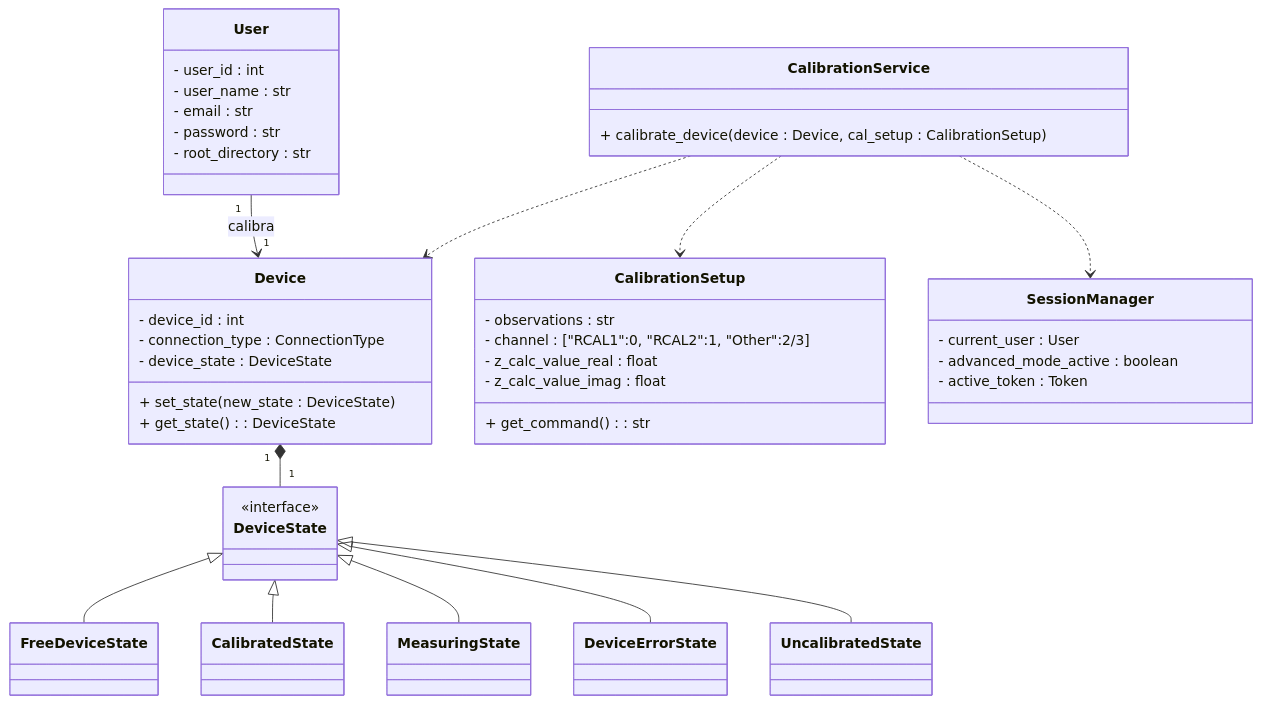
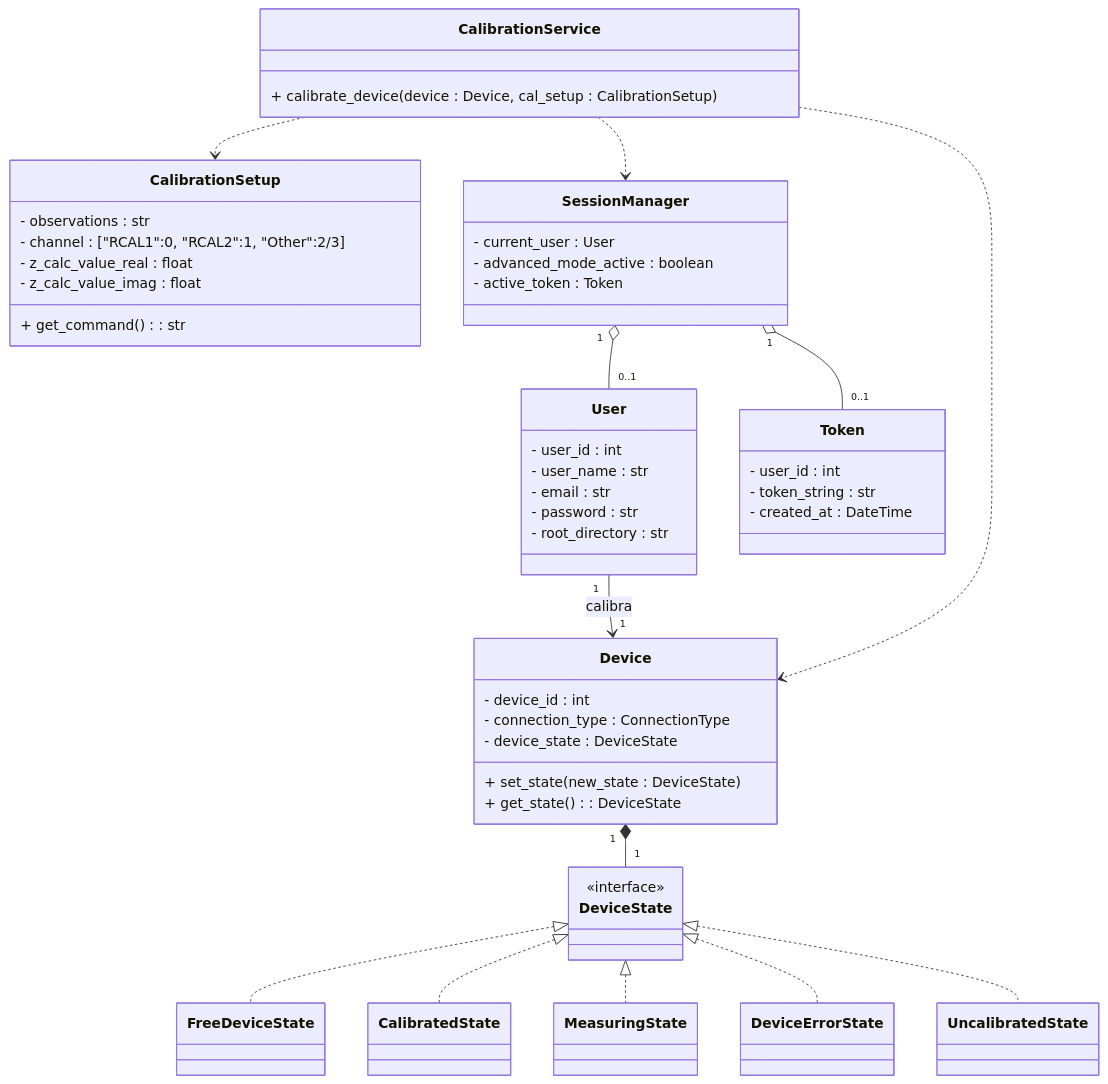
One commit to alegrelias/Repo-GMini changed the third of 6 diagrams in Gmini-MarkDown/Diagramas/Clases Conceptuales.md. Above: the diagram before and after it, drawn with Mermaid. The commit also changed other lines of this file, not shown here.

Commit message:
Se modifica diagrama de clases

````diff
--- a/Gmini-MarkDown/Diagramas/Clases Conceptuales.md
+++ b/Gmini-MarkDown/Diagramas/Clases Conceptuales.md
@@ -412,61 +418,70 @@
 ```mermaid
 classDiagram
-DeviceState <|-- FreeDeviceState
-DeviceState <|-- CalibratedState
-DeviceState <|-- MeasuringState
-DeviceState <|-- DeviceErrorState
-DeviceState <|-- UncalibratedState
+DeviceState <|.. FreeDeviceState
+DeviceState <|.. CalibratedState
+DeviceState <|.. MeasuringState
+DeviceState <|.. DeviceErrorState
+DeviceState <|.. UncalibratedState
 
 %% clases
 class User {
 	- user_id : int
 	- user_name : str
 	- email : str
 	- password : str
 	- root_directory : str
 	
 }
 
 class CalibrationSetup{
 	- observations : str
 	- channel : ["RCAL1":0, "RCAL2":1, "Other":2/3]
 	- z_calc_value_real : float
 	- z_calc_value_imag : float
 	+ get_command() : str
 }
 
 class Device{
 	- device_id : int
 	- connection_type : ConnectionType
 	- device_state : DeviceState
 	+ set_state(new_state : DeviceState)
 	+ get_state() : DeviceState
 }
 
 class DeviceState{
 		<<interface>>
 	}
 	class FreeDeviceState
 	class CalibratedState
 	class MeasuringState
 	class DeviceErrorState
 
 class CalibrationService{
 	+ calibrate_device(device : Device, cal_setup : CalibrationSetup)
 }
 
 class SessionManager{
 	- current_user : User
 	- advanced_mode_active : boolean
 	- active_token : Token
 }
 
+class Token {
+	- user_id : int
+	- token_string : str
+	- created_at : DateTime
+}
+
 %% relaciones
 User "1"-->"1" Device : calibra
 
 Device "1"*--"1" DeviceState
 
+SessionManager "1"o--"0..1" Token
+SessionManager "1"o--"0..1" User
+
 CalibrationService ..> Device
 CalibrationService ..> CalibrationSetup
 CalibrationService ..> SessionManager
 ```
````
